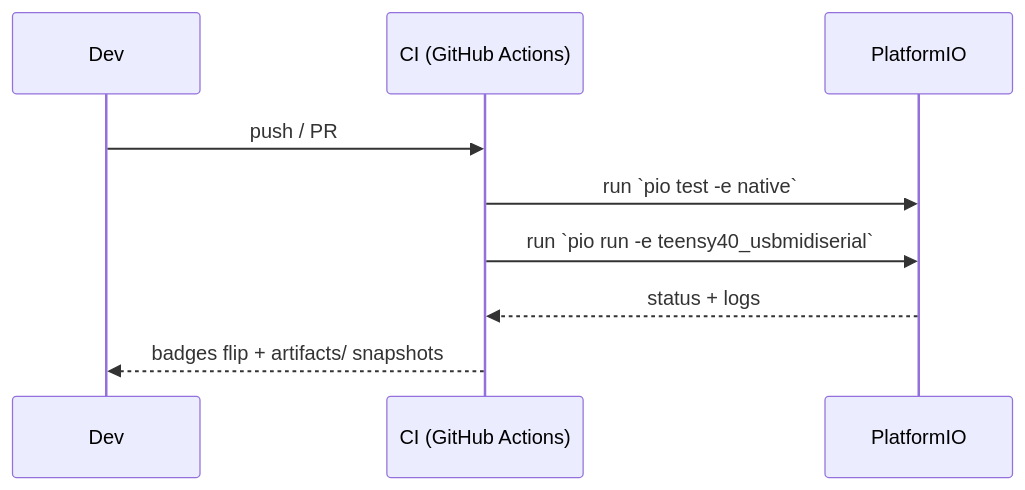
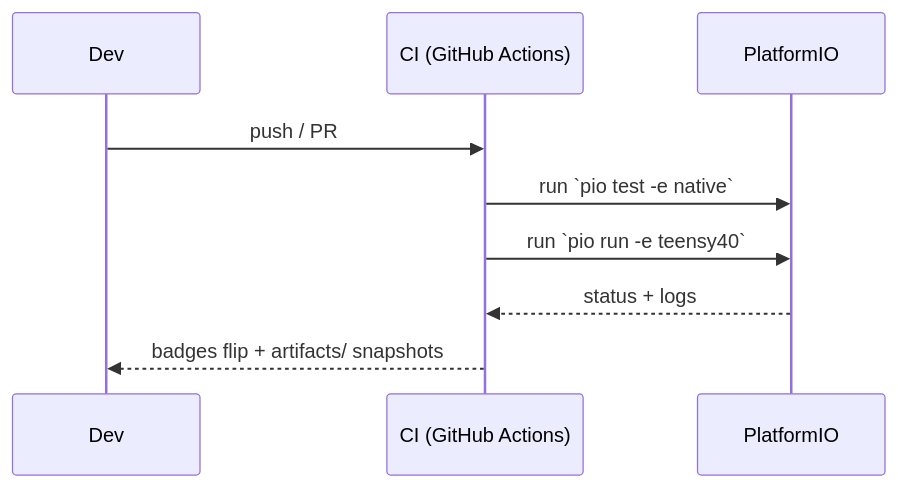
The third of 3 diagrams in README.md (bseverns/seedBox), drawn with Mermaid before and after one commit. The commit also changed other lines of this file and 4 other files, not shown here.

````diff
--- a/README.md
+++ b/README.md
@@ -257,11 +261,11 @@
 ```mermaid
 sequenceDiagram
   participant Dev as Dev
   participant CI as CI (GitHub Actions)
   participant PIO as PlatformIO
   Dev->>CI: push / PR
   CI->>PIO: run `pio test -e native`
-  CI->>PIO: run `pio run -e teensy40_usbmidiserial`
+  CI->>PIO: run `pio run -e teensy40`
   PIO-->>CI: status + logs
   CI-->>Dev: badges flip + artifacts/ snapshots
 ```
````
